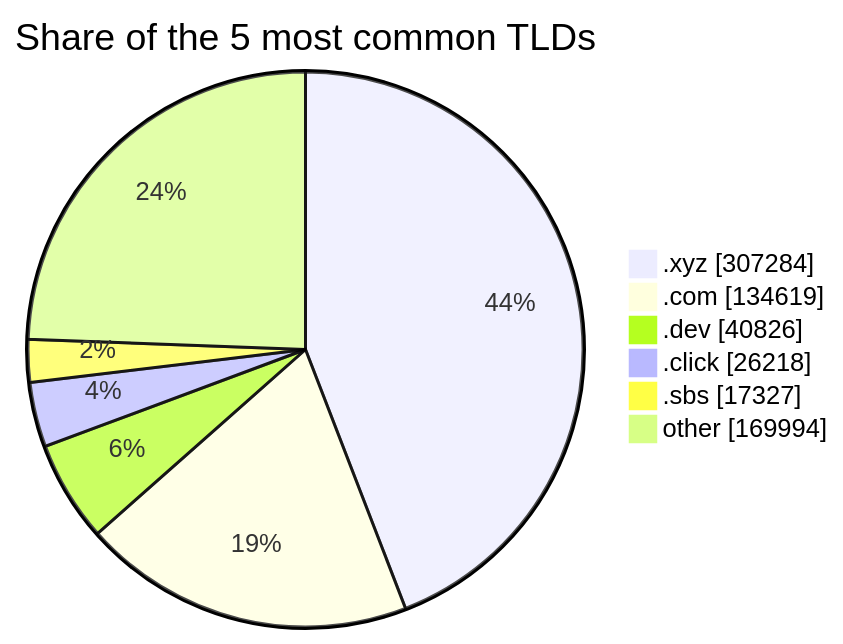
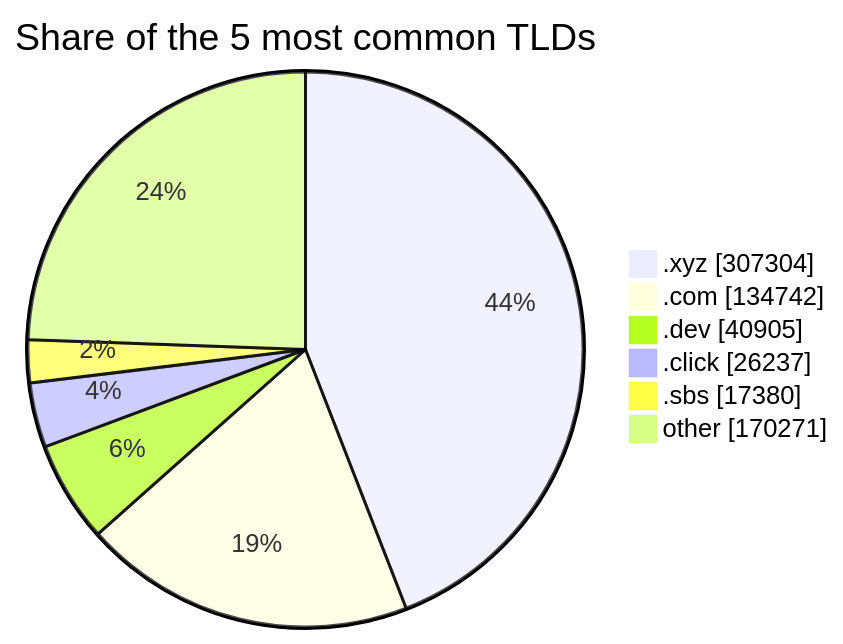
One commit to DNSBunker/CTI changed the third of 3 diagrams in README.md. Above: the diagram before and after it, drawn with Mermaid. The commit also changed other lines of this file and 3 other files, not shown here.

````diff
--- a/README.md
+++ b/README.md
@@ -81,9 +81,9 @@
 ```mermaid
 pie showData title Share of the 5 most common TLDs
-    ".xyz" : 307284
-    ".com" : 134619
-    ".dev" : 40826
-    ".click" : 26218
-    ".sbs" : 17327
-    "other" : 169994
+    ".xyz" : 307304
+    ".com" : 134742
+    ".dev" : 40905
+    ".click" : 26237
+    ".sbs" : 17380
+    "other" : 170271
 ```
````
